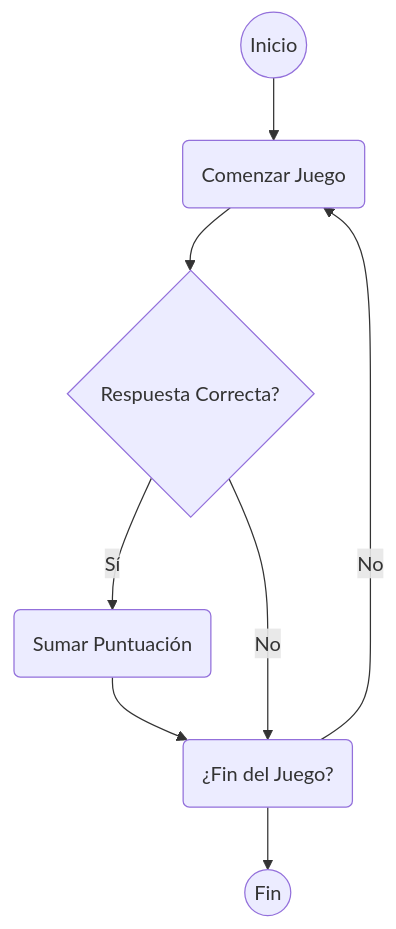
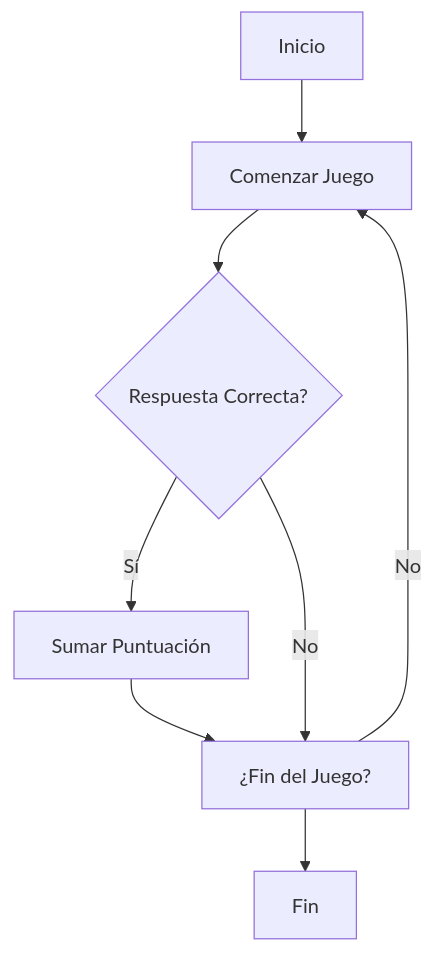
The second of 2 diagrams in app/src/main/java/com/example/examencorutinas/README.md (Miguii-6/ExamenPMDM_Corutinas), drawn with Mermaid before and after one commit.

Commit message:
commit ultima prueba mermaid

````diff
--- a/app/src/main/java/com/example/examencorutinas/README.md
+++ b/app/src/main/java/com/example/examencorutinas/README.md
@@ -87,10 +87,10 @@
 ```mermaid
 graph TD
-    A((Inicio)) --> B(Comenzar Juego)
+    A[Inicio] --> B[Comenzar Juego]
     B --> C{Respuesta Correcta?}
-    C -- Sí --> D(Sumar Puntuación)
-    D --> E(¿Fin del Juego?)
+    C -- Sí --> D[Sumar Puntuación]
+    D --> E[¿Fin del Juego?]
     E -- No --> B
     C -- No --> E
-    E --> F((Fin))
+    E --> F[Fin]
 ```
````
